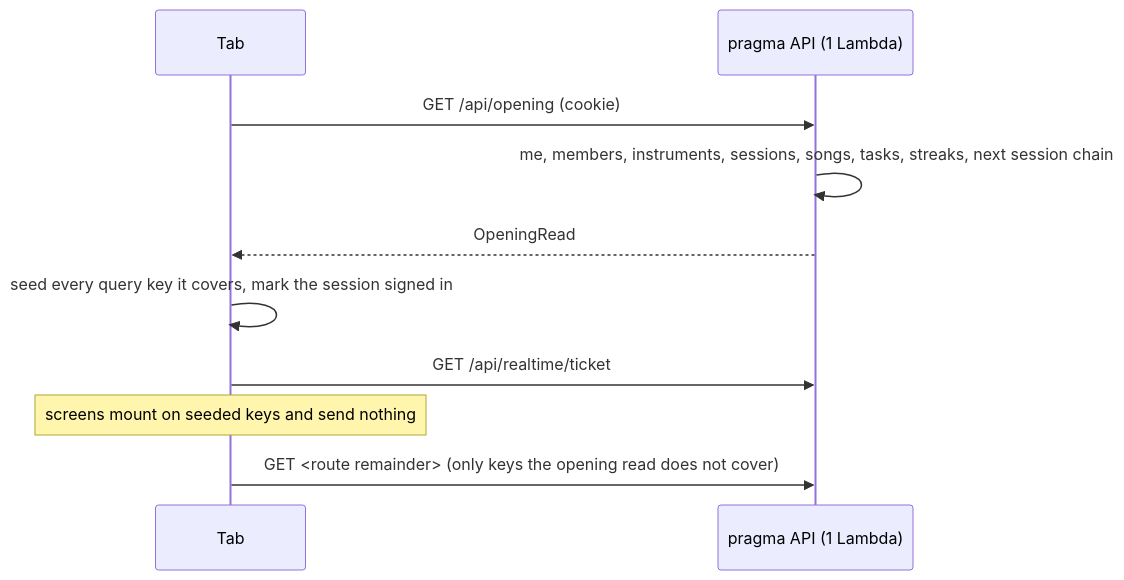
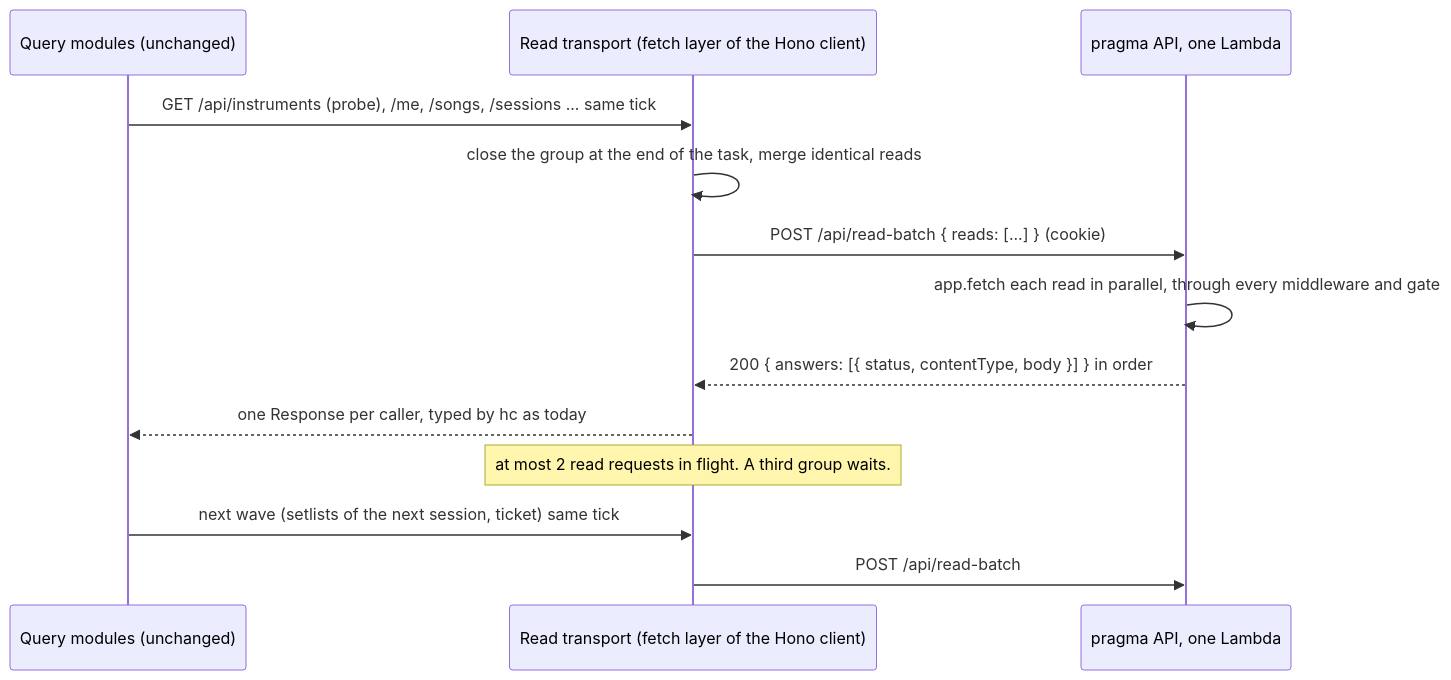
Before and after one commit to hugoleborso/borso.fr: the diagram in docs/features/pragma/open-in-two-calls/spec/spec.md, drawn with Mermaid. The commit also changed other lines of this file and 1 other file, not shown here.

First line of the commit message:
docs(pragma): spec the read batch for open-in-two-calls

````diff
--- a/docs/features/pragma/open-in-two-calls/spec/spec.md
+++ b/docs/features/pragma/open-in-two-calls/spec/spec.md
@@ -54,12 +64,15 @@
 ```mermaid
 sequenceDiagram
-  participant Tab
-  participant API as pragma API (1 Lambda)
-  Tab->>API: GET /api/opening (cookie)
-  API->>API: me, members, instruments, sessions, songs, tasks, streaks, next session chain
-  API-->>Tab: OpeningRead
-  Tab->>Tab: seed every query key it covers, mark the session signed in
-  Tab->>API: GET /api/realtime/ticket
-  Note over Tab: screens mount on seeded keys and send nothing
-  Tab->>API: GET <route remainder> (only keys the opening read does not cover)
+  participant Q as Query modules (unchanged)
+  participant T as Read transport (fetch layer of the Hono client)
+  participant API as pragma API, one Lambda
+  Q->>T: GET /api/instruments (probe), /me, /songs, /sessions ... same tick
+  T->>T: close the group at the end of the task, merge identical reads
+  T->>API: POST /api/read-batch { reads: [...] } (cookie)
+  API->>API: app.fetch each read in parallel, through every middleware and gate
+  API-->>T: 200 { answers: [{ status, contentType, body }] } in order
+  T-->>Q: one Response per caller, typed by hc as today
+  Note over T: at most 2 read requests in flight. A third group waits.
+  Q->>T: next wave (setlists of the next session, ticket) same tick
+  T->>API: POST /api/read-batch
 ```
````
